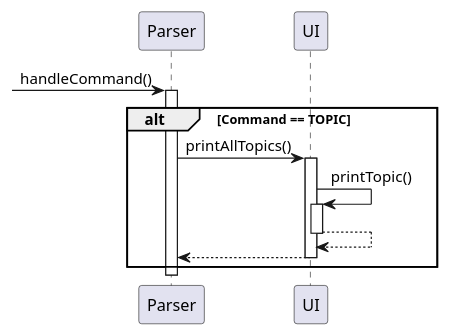
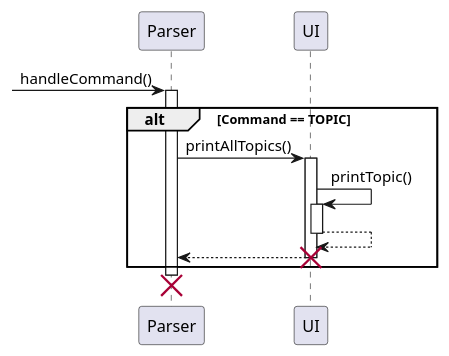
Before and after one commit to AhmedShaiyan/tp: the diagram in docs/UML_Diagrams/topicFunctionSequence.puml, drawn with PlantUML. The commit also changed 6 other files, not shown here.

```diff
--- a/docs/UML_Diagrams/topicFunctionSequence.puml
+++ b/docs/UML_Diagrams/topicFunctionSequence.puml
@@ -1,18 +1,20 @@
 @startuml
 'https://plantuml.com/sequence-diagram
 
 [->Parser: handleCommand()
 activate Parser
 alt Command == TOPIC
 Parser -> UI: printAllTopics()
 activate UI
 UI -> UI: printTopic()
 activate UI
 UI --> UI
 deactivate UI
 UI --> Parser
 deactivate UI
+destroy UI
 end
 deactivate Parser
+destroy Parser
 
 @enduml
```
